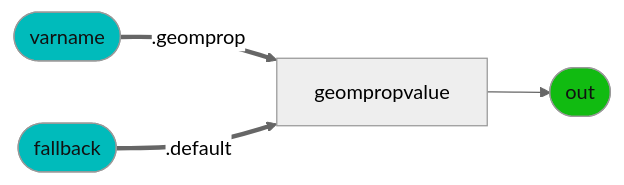
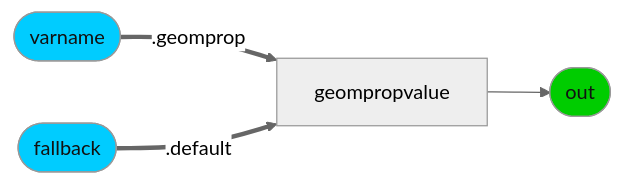
Before and after one commit to kwokcb/MaterialX_Learn: diagram 16 of 35 in documents/definitions/bxdf_doc.md, drawn with Mermaid (neutral theme). The commit also changed other lines of this file and 435 other files, not shown here.

````diff
--- a/documents/definitions/bxdf_doc.md
+++ b/documents/definitions/bxdf_doc.md
@@ -1575,10 +1571,10 @@
 ```mermaid
 graph LR; 
     IMP_UsdPrimvarReader_string_primvar[geompropvalue] --> IMP_UsdPrimvarReader_string_out([out])
-    style IMP_UsdPrimvarReader_string_out fill:#1b1, color:#111
+    style IMP_UsdPrimvarReader_string_out fill:#0C0, color:#111
     IMP_UsdPrimvarReader_string_varnameINT([varname]) ==.geomprop==> IMP_UsdPrimvarReader_string_primvar[geompropvalue]
-    style IMP_UsdPrimvarReader_string_varnameINT fill:#0bb, color:#111
+    style IMP_UsdPrimvarReader_string_varnameINT fill:#0CF, color:#111
     IMP_UsdPrimvarReader_string_fallbackINT([fallback]) ==.default==> IMP_UsdPrimvarReader_string_primvar[geompropvalue]
-    style IMP_UsdPrimvarReader_string_fallbackINT fill:#0bb, color:#111
+    style IMP_UsdPrimvarReader_string_fallbackINT fill:#0CF, color:#111
 
 ```
````
